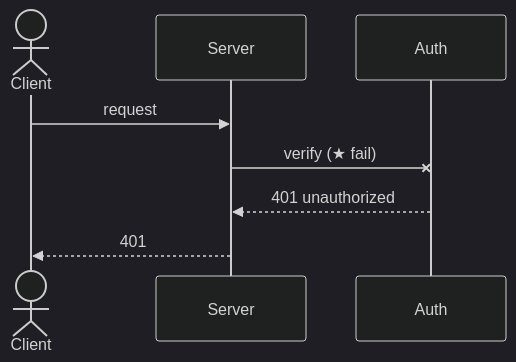
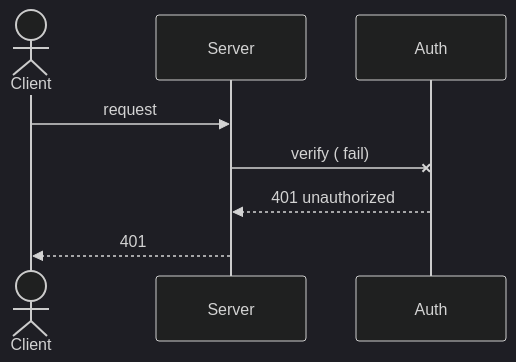
The diagram in ai-native-methodology/archive/dist-history/internal-v1.4.3/tools/drift-validator/corpus/sequence-equiv-02-fail-arrow.mermaid (rageboom/ai-native-methodology), drawn with Mermaid (dark theme) before and after one commit. The commit also changed 1659 other files, not shown here.

```diff
--- a/ai-native-methodology/archive/dist-history/internal-v1.4.3/tools/drift-validator/corpus/sequence-equiv-02-fail-arrow.mermaid
+++ b/ai-native-methodology/archive/dist-history/internal-v1.4.3/tools/drift-validator/corpus/sequence-equiv-02-fail-arrow.mermaid
@@ -1,9 +1,9 @@
 sequenceDiagram
     actor Client
     participant Server
     participant Auth
 
     Client->>Server: request
-    Server-xAuth: verify (★ fail)
+    Server-xAuth: verify ( fail)
     Auth-->>Server: 401 unauthorized
     Server-->>Client: 401
```
